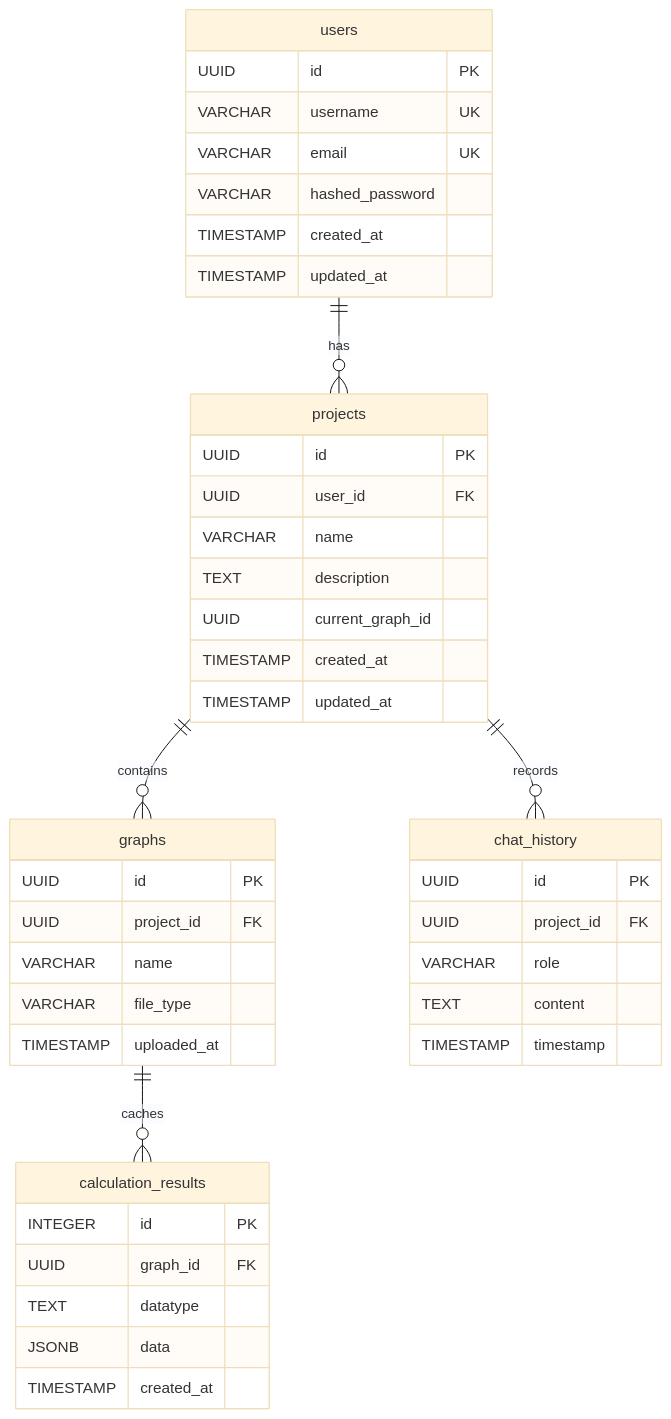
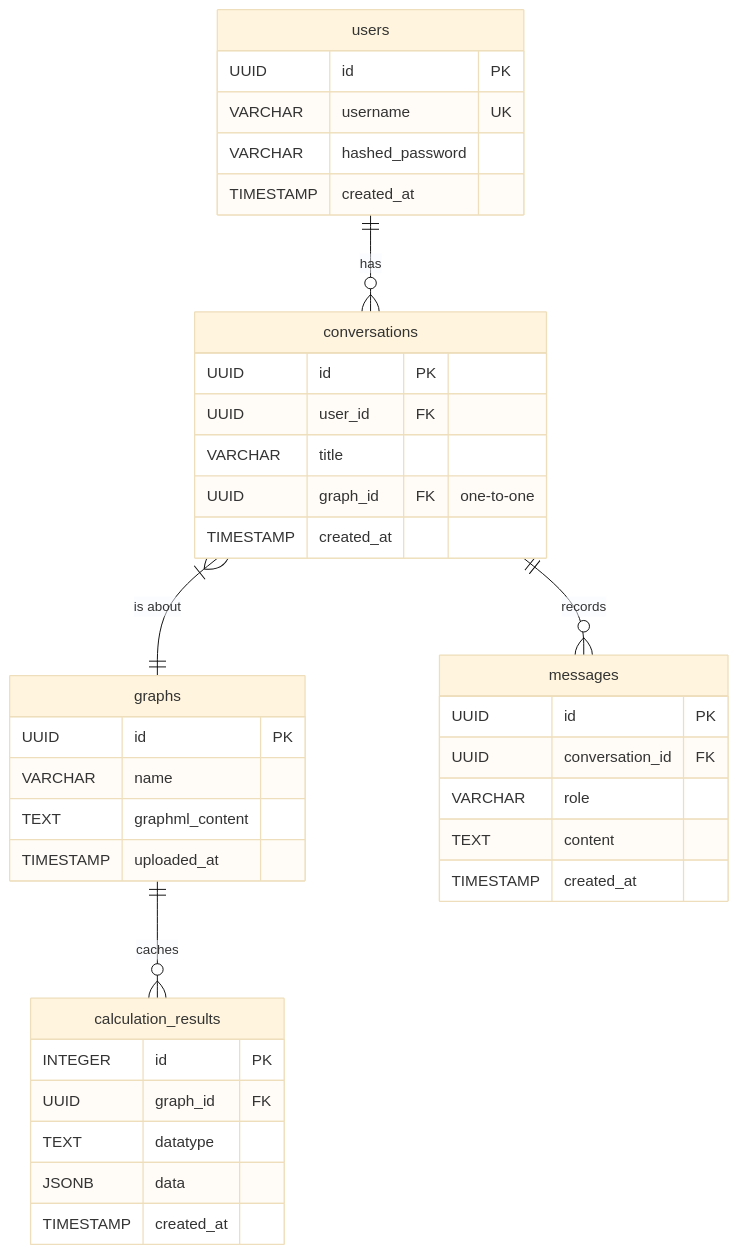
Before and after one commit to vdslab/LLMGraphvis: the diagram in specification/database-schema.md, drawn with Mermaid (base theme). The commit also changed other lines of this file and 3 other files, not shown here.

````diff
--- a/specification/database-schema.md
+++ b/specification/database-schema.md
@@ -7,50 +11,45 @@
 ```mermaid
 erDiagram
-    users ||--o{ projects : "has"
-    projects ||--o{ graphs : "contains"
-    projects ||--o{ chat_history : "records"
+    users ||--o{ conversations : "has"
+    conversations }|--|| graphs : "is about"
+    conversations ||--o{ messages : "records"
     graphs ||--o{ calculation_results : "caches"
 
     users {
         UUID id PK
         VARCHAR username UK
-        VARCHAR email UK
         VARCHAR hashed_password
         TIMESTAMP created_at
-        TIMESTAMP updated_at
     }
 
-    projects {
+    conversations {
         UUID id PK
         UUID user_id FK
-        VARCHAR name
-        TEXT description
-        UUID current_graph_id
+        VARCHAR title
+        UUID graph_id FK "one-to-one"
         TIMESTAMP created_at
-        TIMESTAMP updated_at
     }
 
     graphs {
         UUID id PK
-        UUID project_id FK
         VARCHAR name
-        VARCHAR file_type
+        TEXT graphml_content
         TIMESTAMP uploaded_at
     }
 
-    chat_history {
+    messages {
         UUID id PK
-        UUID project_id FK
+        UUID conversation_id FK
         VARCHAR role
         TEXT content
-        TIMESTAMP timestamp
+        TIMESTAMP created_at
     }
 
     calculation_results {
         INTEGER id PK
         UUID graph_id FK
         TEXT datatype
         JSONB data
         TIMESTAMP created_at
     }
 ```
````
